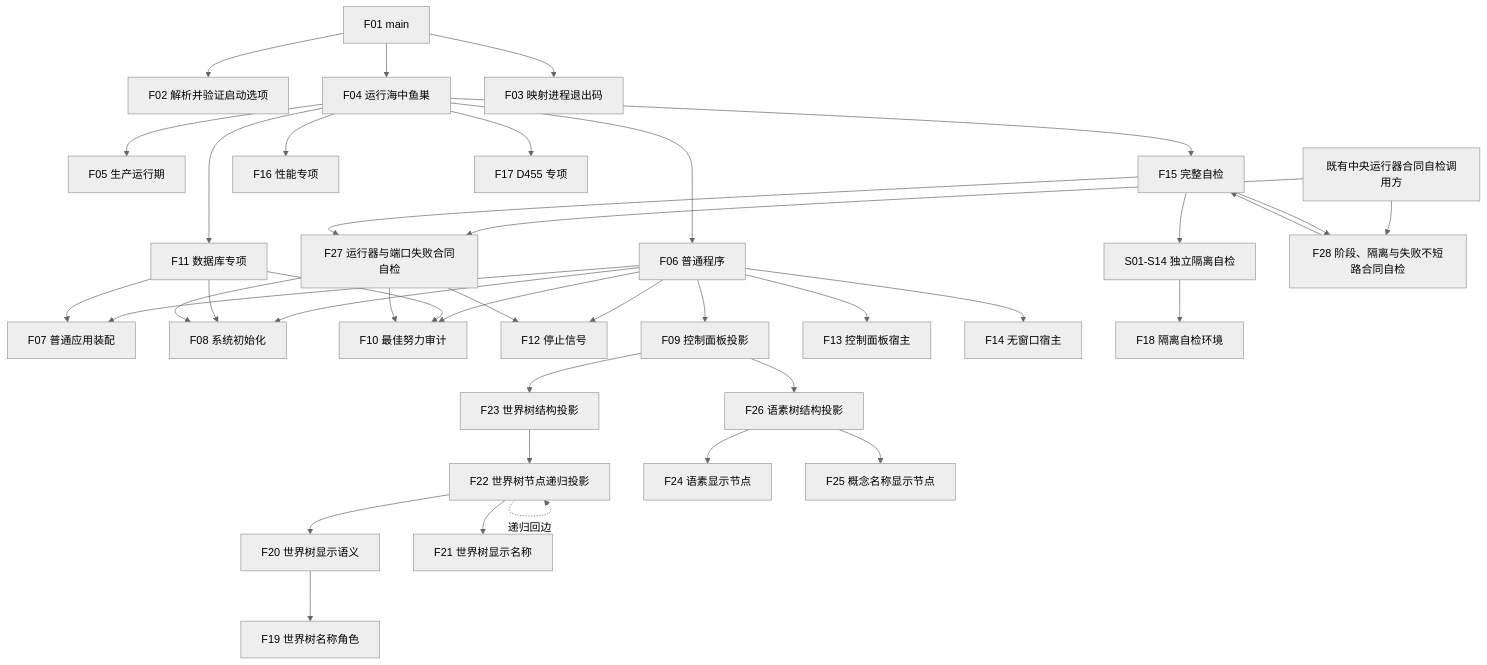
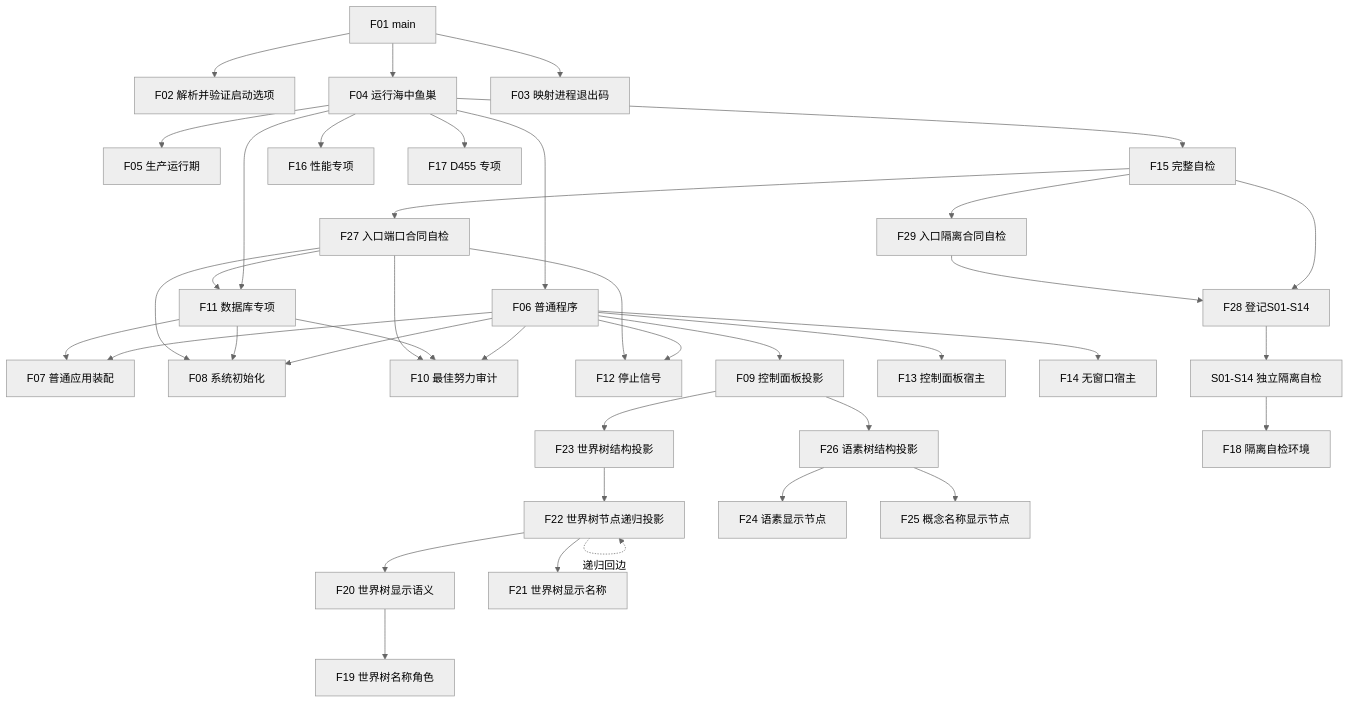
One commit to chunhaizh-cyber/HY-Ego changed the diagram in 规范/详细设计/20260726_ENTRY-ONLY_函数结构知识图谱_v0.1.md. Above: the diagram before and after it, drawn with Mermaid (neutral theme). The commit also changed other lines of this file and 51 other files, not shown here.

````diff
--- a/规范/详细设计/20260726_ENTRY-ONLY_函数结构知识图谱_v0.1.md
+++ b/规范/详细设计/20260726_ENTRY-ONLY_函数结构知识图谱_v0.1.md
@@ -9,41 +9,41 @@
 ```mermaid
 flowchart TD
     F01["F01 main"] --> F02["F02 解析并验证启动选项"]
     F01 --> F04["F04 运行海中鱼巣"]
     F01 --> F03["F03 映射进程退出码"]
     F04 --> F05["F05 生产运行期"]
     F04 --> F06["F06 普通程序"]
     F04 --> F15["F15 完整自检"]
     F04 --> F11["F11 数据库专项"]
     F04 --> F16["F16 性能专项"]
     F04 --> F17["F17 D455 专项"]
     F06 --> F07["F07 普通应用装配"]
     F06 --> F08["F08 系统初始化"]
     F06 --> F10["F10 最佳努力审计"]
     F06 --> F12["F12 停止信号"]
     F06 --> F09["F09 控制面板投影"]
     F09 --> F23["F23 世界树结构投影"]
     F23 --> F22["F22 世界树节点递归投影"]
     F22 --> F20["F20 世界树显示语义"]
     F20 --> F19["F19 世界树名称角色"]
     F22 --> F21["F21 世界树显示名称"]
     F22 -. "递归回边" .-> F22
     F09 --> F26["F26 语素树结构投影"]
     F26 --> F24["F24 语素显示节点"]
     F26 --> F25["F25 概念名称显示节点"]
     F06 --> F13["F13 控制面板宿主"]
     F06 --> F14["F14 无窗口宿主"]
     F11 --> F07
     F11 --> F08
     F11 --> F10
-    F15 --> SELF["S01-S14 独立隔离自检"]
+    F15 --> F28["F28 登记S01-S14"]
+    F28 --> SELF["S01-S14 独立隔离自检"]
     SELF --> F18["F18 隔离自检环境"]
-    RUNNER["既有中央运行器合同自检调用方"] --> F27["F27 运行器与端口失败合同自检"]
-    RUNNER --> F28["F28 阶段、隔离与失败不短路合同自检"]
+    F15 --> F27["F27 入口端口合同自检"]
+    F15 --> F29["F29 入口隔离合同自检"]
     F27 --> F08
     F27 --> F10
+    F27 --> F11
     F27 --> F12
-    F28 --> F15
-    F15 --> F27
-    F15 --> F28
+    F29 --> F28
 ```
````
